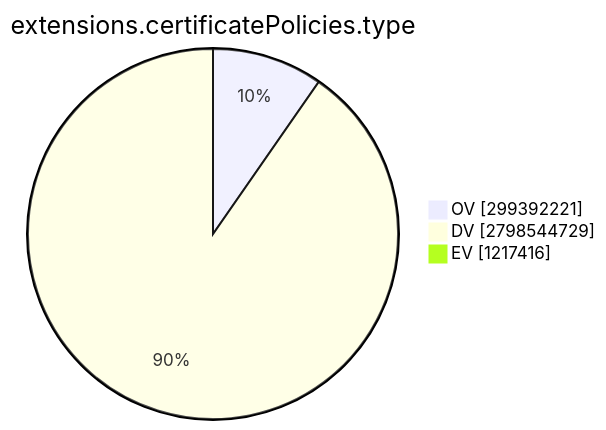
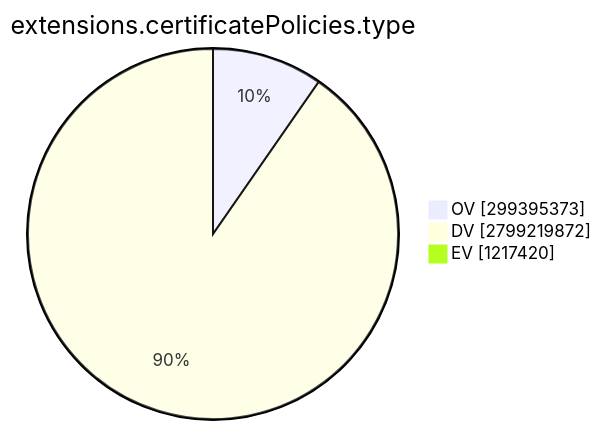
Before and after one commit to christiankrug/ctmonitor_visualization: the ninth of 15 diagrams in TOTAL/README.md, drawn with Mermaid. The commit also changed other lines of this file, not shown here.

````diff
--- a/TOTAL/README.md
+++ b/TOTAL/README.md
@@ -3101,7 +3101,7 @@
 ```mermaid
 pie showData
 title extensions.certificatePolicies.type
-"OV" :299392221
-"DV" :2798544729
-"EV" :1217416
+"OV" :299395373
+"DV" :2799219872
+"EV" :1217420
 ```
````
